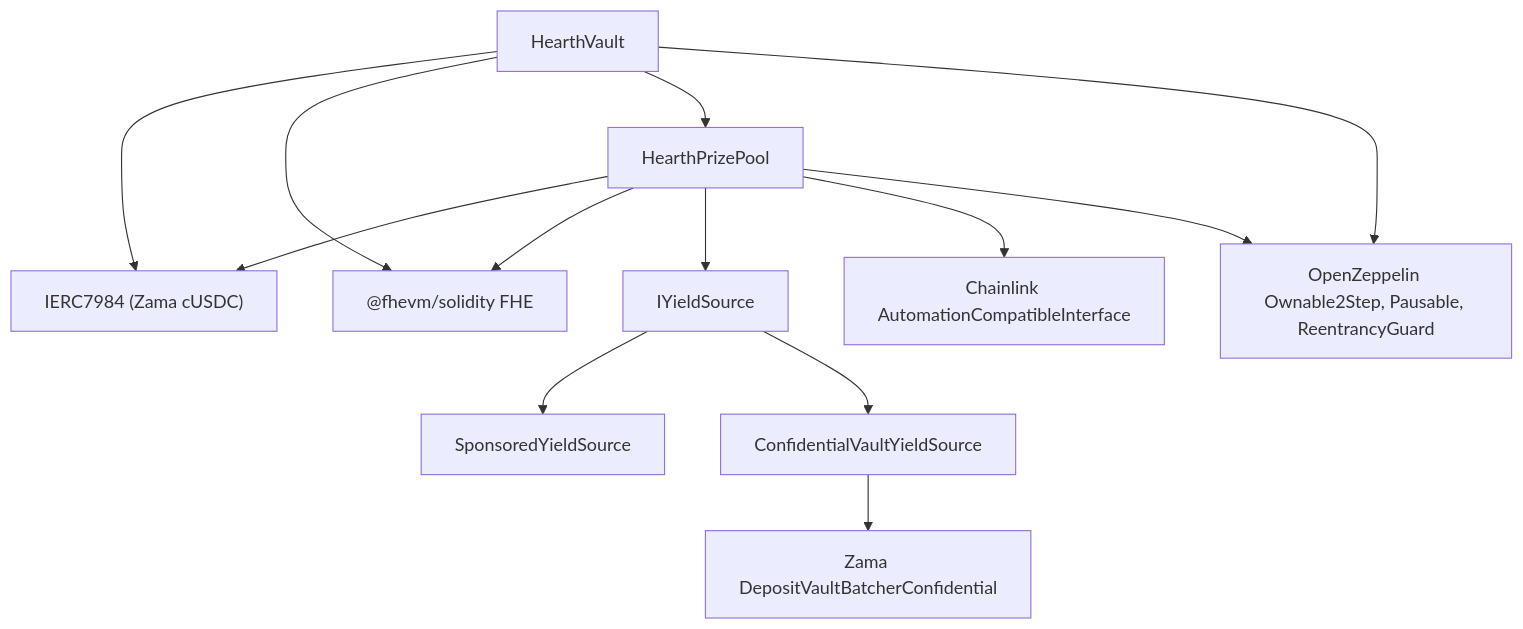
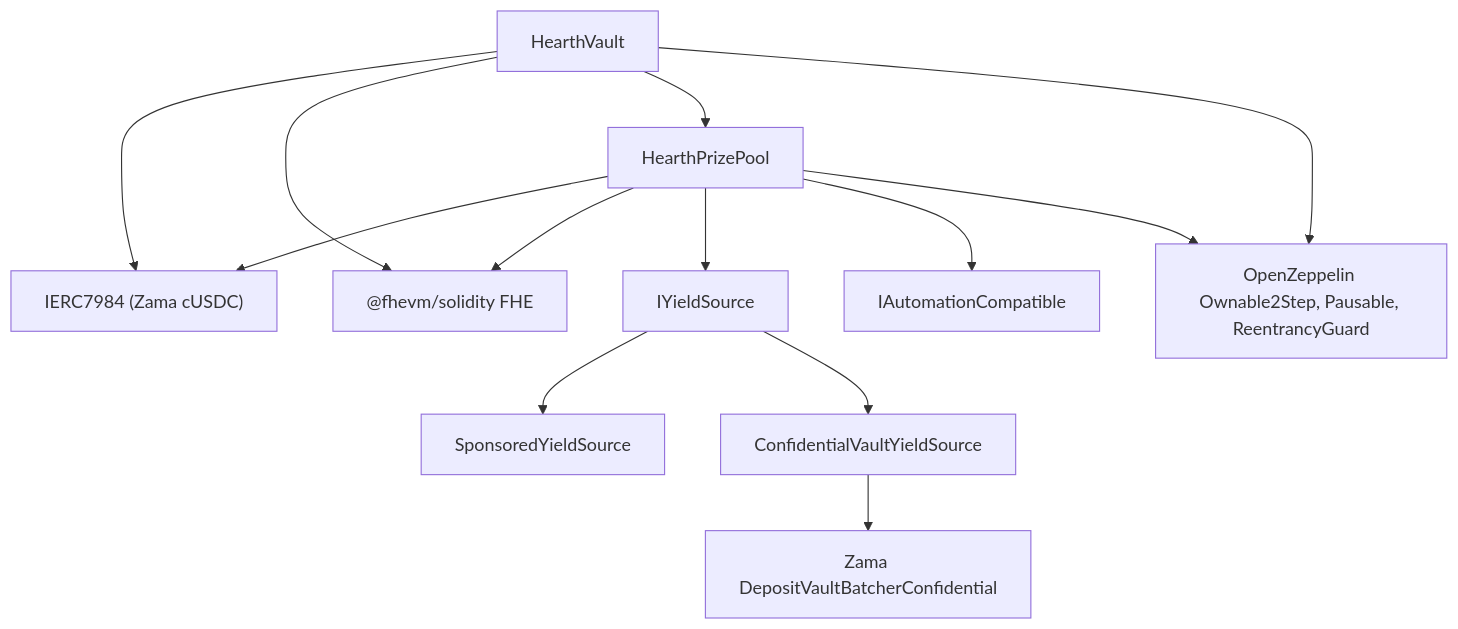
The third of 3 diagrams in ARCHITECTURE.md (ramakrishnanhulk20/hearth), drawn with Mermaid before and after one commit. The commit also changed other lines of this file and 33 other files, not shown here.

````diff
--- a/ARCHITECTURE.md
+++ b/ARCHITECTURE.md
@@ -249,15 +335,15 @@
 ```mermaid
 flowchart TD
     Vault["HearthVault"] --> IERC7984["IERC7984 (Zama cUSDC)"]
     Vault --> FHE["@fhevm/solidity FHE"]
     Vault --> Pool["HearthPrizePool"]
     Pool --> IERC7984
     Pool --> FHE
     Pool --> IYield["IYieldSource"]
     IYield --> Sponsored["SponsoredYieldSource"]
     IYield --> CV["ConfidentialVaultYieldSource"]
     CV --> Batcher["Zama DepositVaultBatcherConfidential"]
-    Pool --> Auto["Chainlink AutomationCompatibleInterface"]
+    Pool --> Auto["IAutomationCompatible"]
     Vault --> OZ["OpenZeppelin Ownable2Step, Pausable, ReentrancyGuard"]
     Pool --> OZ
 ```
````
